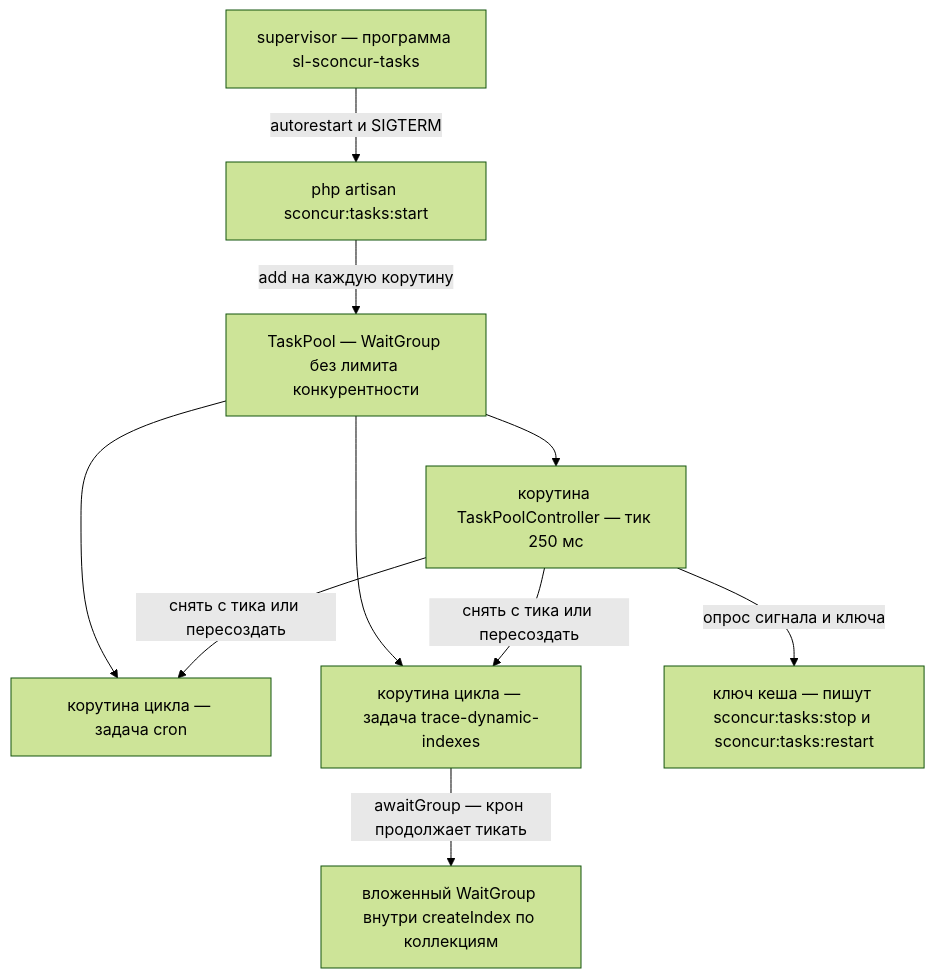
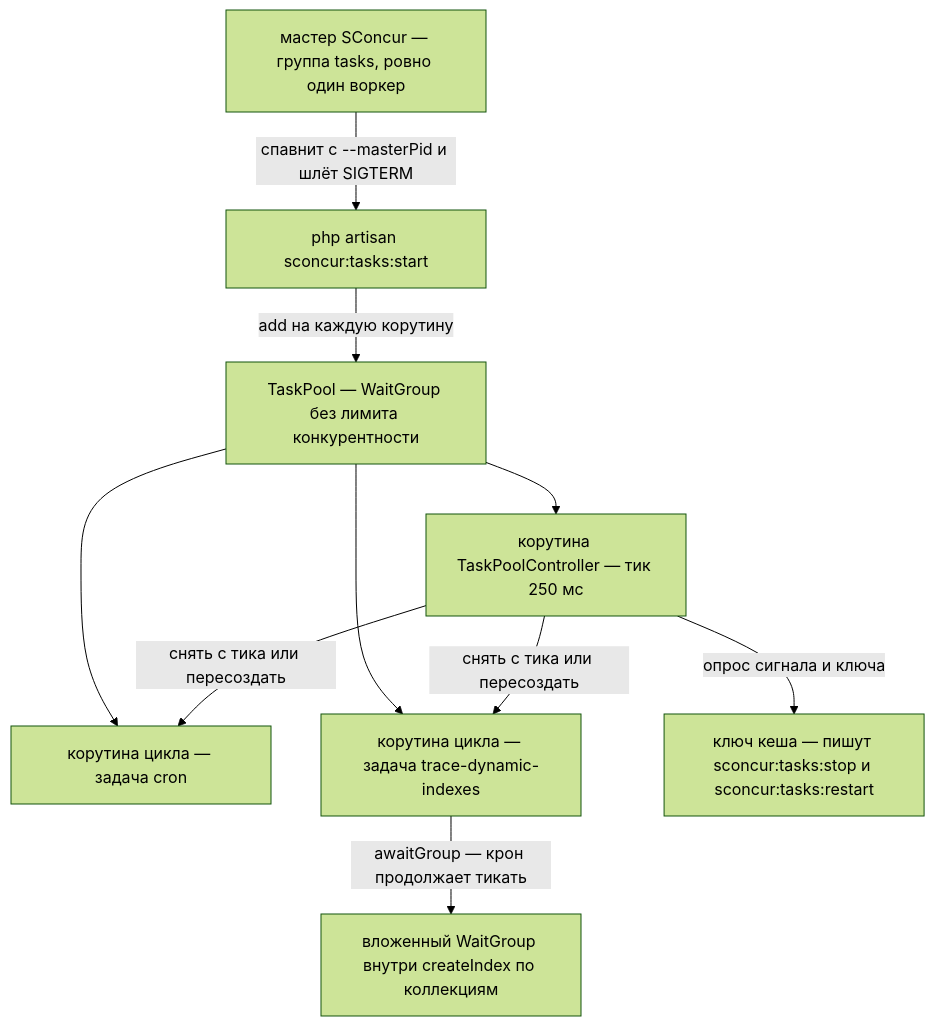
Before and after one commit to sprust/slogger: the diagram in .ai/plans/workers-pool-waitgroup.md, drawn with Mermaid (forest theme). The commit also changed other lines of this file and 53 other files, not shown here.

````diff
--- a/.ai/plans/workers-pool-waitgroup.md
+++ b/.ai/plans/workers-pool-waitgroup.md
@@ -55,21 +56,21 @@
 ```mermaid
 flowchart TB
-    sup["supervisor — программа sl-sconcur-tasks"]
+    sup["мастер SConcur — группа tasks, ровно один воркер"]
     cmd["php artisan sconcur:tasks:start"]
     pool["TaskPool — WaitGroup без лимита конкурентности"]
     ctl["корутина TaskPoolController — тик 250 мс"]
     cron["корутина цикла — задача cron"]
     mon["корутина цикла — задача trace-dynamic-indexes"]
     nested["вложенный WaitGroup внутри createIndex по коллекциям"]
     key["ключ кеша — пишут sconcur:tasks:stop и sconcur:tasks:restart"]
 
-    sup -->|"autorestart и SIGTERM"| cmd
+    sup -->|"спавнит с --masterPid и шлёт SIGTERM"| cmd
     cmd -->|"add на каждую корутину"| pool
     pool --> ctl
     pool --> cron
     pool --> mon
     ctl -->|"опрос сигнала и ключа"| key
     ctl -->|"снять с тика или пересоздать"| cron
     ctl -->|"снять с тика или пересоздать"| mon
     mon -->|"awaitGroup — крон продолжает тикать"| nested
 ```
````
